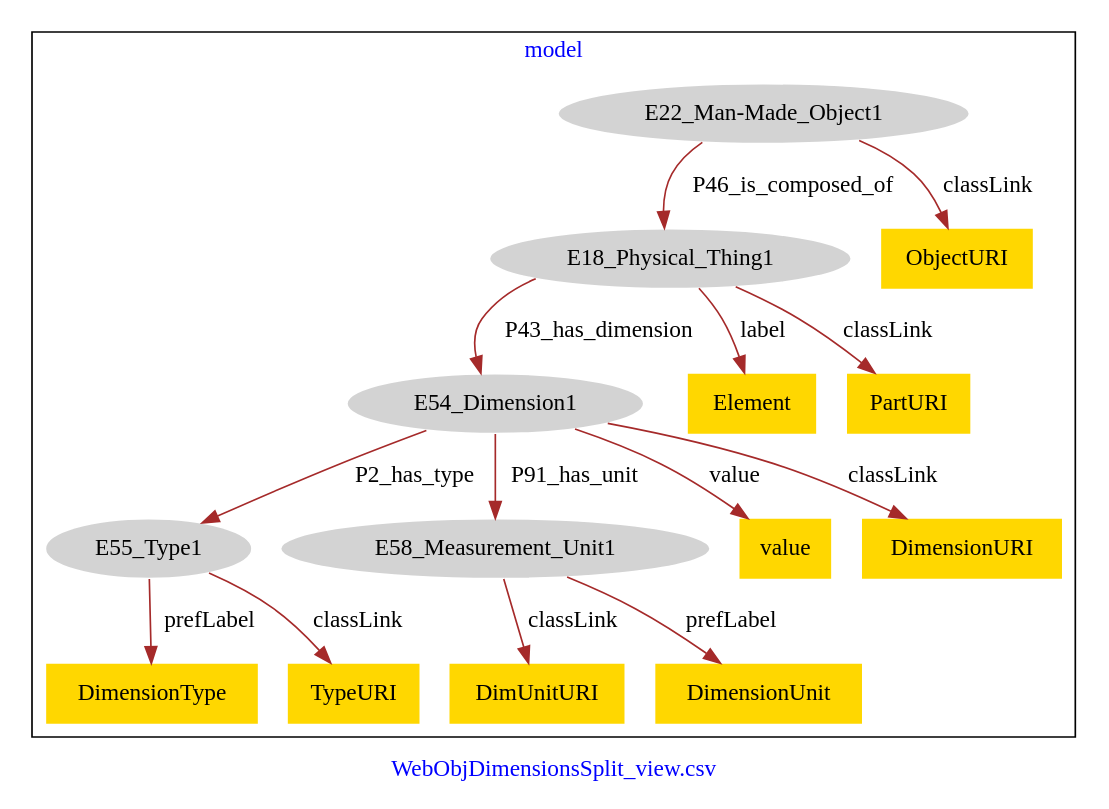
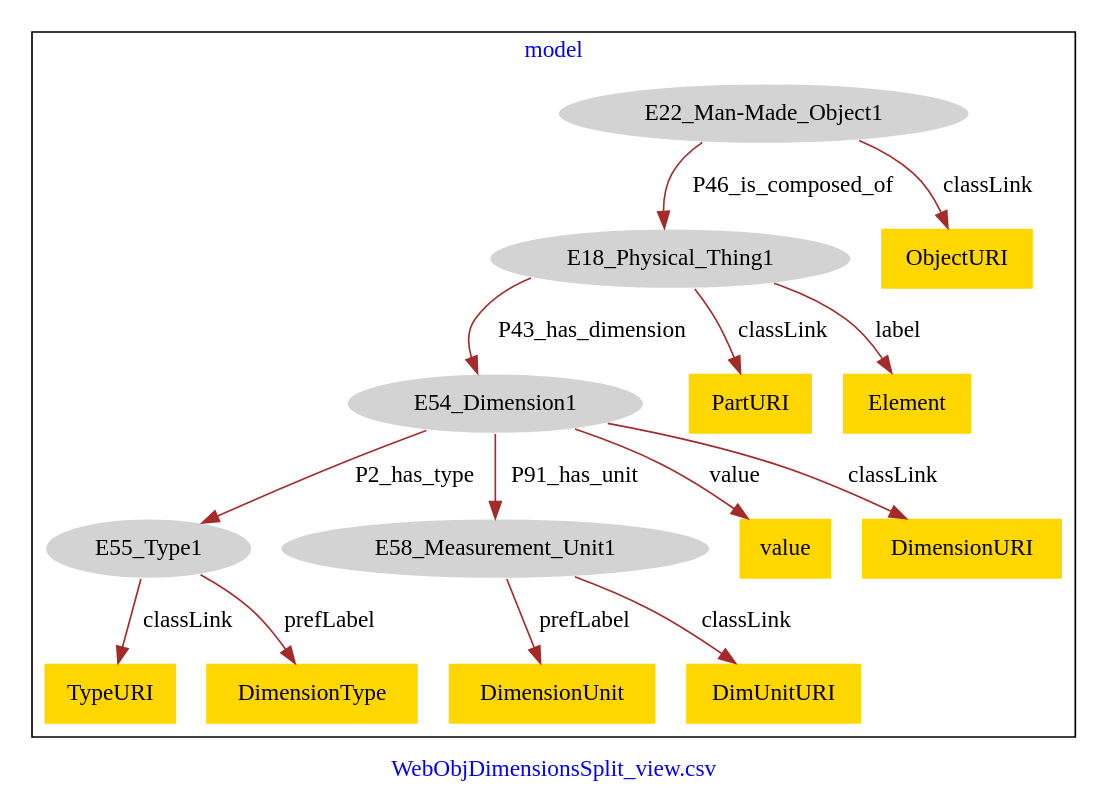
One commit to american-art/SAAM changed the diagram in WebObjDimensionsSplit_view/WebObjDimensionsSplit_view-model.dot. Above: the diagram before and after it, drawn with Graphviz.

Commit message:
Update file WebObjDimensionsSplit_view-model.dot

```diff
--- a/WebObjDimensionsSplit_view/WebObjDimensionsSplit_view-model.dot
+++ b/WebObjDimensionsSplit_view/WebObjDimensionsSplit_view-model.dot
@@ -1,35 +1,35 @@
 digraph n0 {
 fontcolor="blue"
 remincross="true"
 label="WebObjDimensionsSplit_view.csv"
 subgraph cluster {
 label="model"
 n2[style="filled",color="white",fillcolor="lightgray",label="E18_Physical_Thing1"];
 n3[style="filled",color="white",fillcolor="lightgray",label="E54_Dimension1"];
 n4[style="filled",color="white",fillcolor="lightgray",label="E22_Man-Made_Object1"];
 n5[style="filled",color="white",fillcolor="lightgray",label="E55_Type1"];
 n6[style="filled",color="white",fillcolor="lightgray",label="E58_Measurement_Unit1"];
-n7[shape="plaintext",style="filled",fillcolor="gold",label="DimUnitURI"];
-n8[shape="plaintext",style="filled",fillcolor="gold",label="value"];
-n9[shape="plaintext",style="filled",fillcolor="gold",label="DimensionUnit"];
-n10[shape="plaintext",style="filled",fillcolor="gold",label="DimensionType"];
-n11[shape="plaintext",style="filled",fillcolor="gold",label="Element"];
-n12[shape="plaintext",style="filled",fillcolor="gold",label="TypeURI"];
-n13[shape="plaintext",style="filled",fillcolor="gold",label="ObjectURI"];
-n14[shape="plaintext",style="filled",fillcolor="gold",label="PartURI"];
+n7[shape="plaintext",style="filled",fillcolor="gold",label="DimensionUnit"];
+n8[shape="plaintext",style="filled",fillcolor="gold",label="TypeURI"];
+n9[shape="plaintext",style="filled",fillcolor="gold",label="DimensionType"];
+n10[shape="plaintext",style="filled",fillcolor="gold",label="DimUnitURI"];
+n11[shape="plaintext",style="filled",fillcolor="gold",label="PartURI"];
+n12[shape="plaintext",style="filled",fillcolor="gold",label="value"];
+n13[shape="plaintext",style="filled",fillcolor="gold",label="Element"];
+n14[shape="plaintext",style="filled",fillcolor="gold",label="ObjectURI"];
 n15[shape="plaintext",style="filled",fillcolor="gold",label="DimensionURI"];
 }
 n2 -> n3[color="brown",fontcolor="black",label="P43_has_dimension"]
 n4 -> n2[color="brown",fontcolor="black",label="P46_is_composed_of"]
 n3 -> n5[color="brown",fontcolor="black",label="P2_has_type"]
 n3 -> n6[color="brown",fontcolor="black",label="P91_has_unit"]
-n6 -> n7[color="brown",fontcolor="black",label="classLink"]
-n3 -> n8[color="brown",fontcolor="black",label="value"]
-n6 -> n9[color="brown",fontcolor="black",label="prefLabel"]
-n5 -> n10[color="brown",fontcolor="black",label="prefLabel"]
-n2 -> n11[color="brown",fontcolor="black",label="label"]
-n5 -> n12[color="brown",fontcolor="black",label="classLink"]
-n4 -> n13[color="brown",fontcolor="black",label="classLink"]
-n2 -> n14[color="brown",fontcolor="black",label="classLink"]
+n6 -> n7[color="brown",fontcolor="black",label="prefLabel"]
+n5 -> n8[color="brown",fontcolor="black",label="classLink"]
+n5 -> n9[color="brown",fontcolor="black",label="prefLabel"]
+n6 -> n10[color="brown",fontcolor="black",label="classLink"]
+n2 -> n11[color="brown",fontcolor="black",label="classLink"]
+n3 -> n12[color="brown",fontcolor="black",label="value"]
+n2 -> n13[color="brown",fontcolor="black",label="label"]
+n4 -> n14[color="brown",fontcolor="black",label="classLink"]
 n3 -> n15[color="brown",fontcolor="black",label="classLink"]
 }
```
